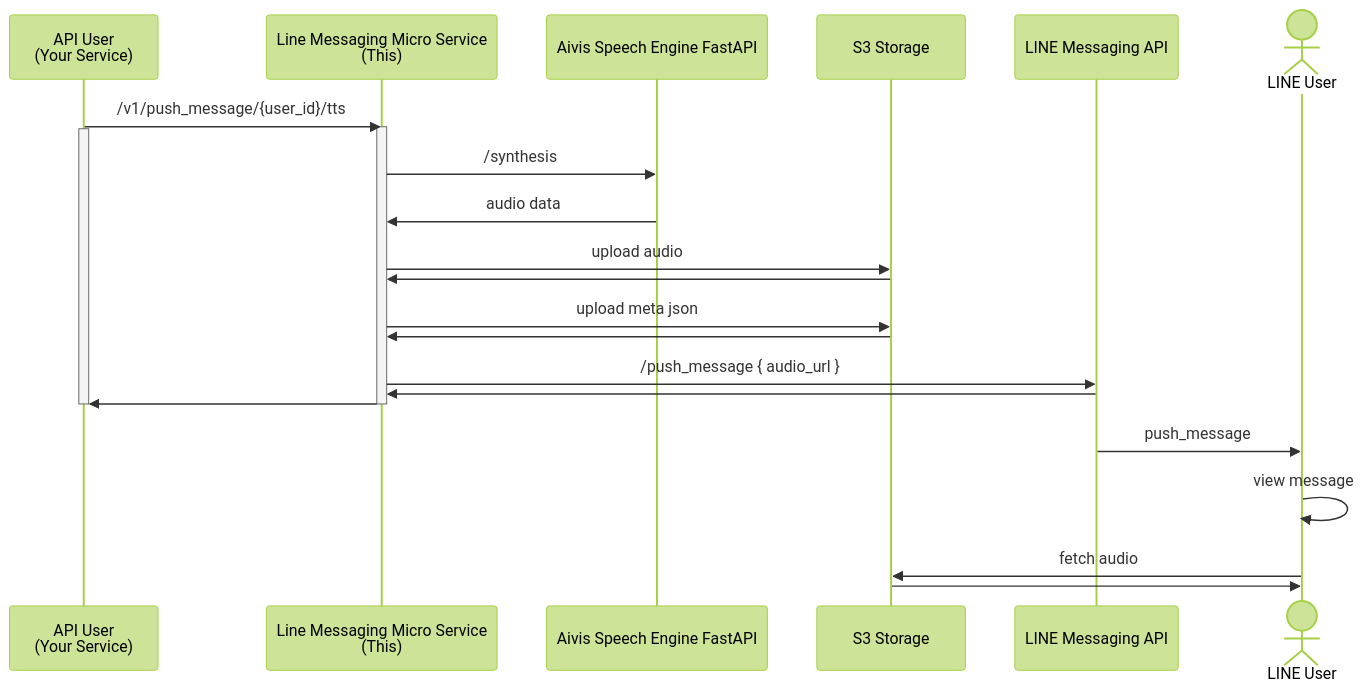
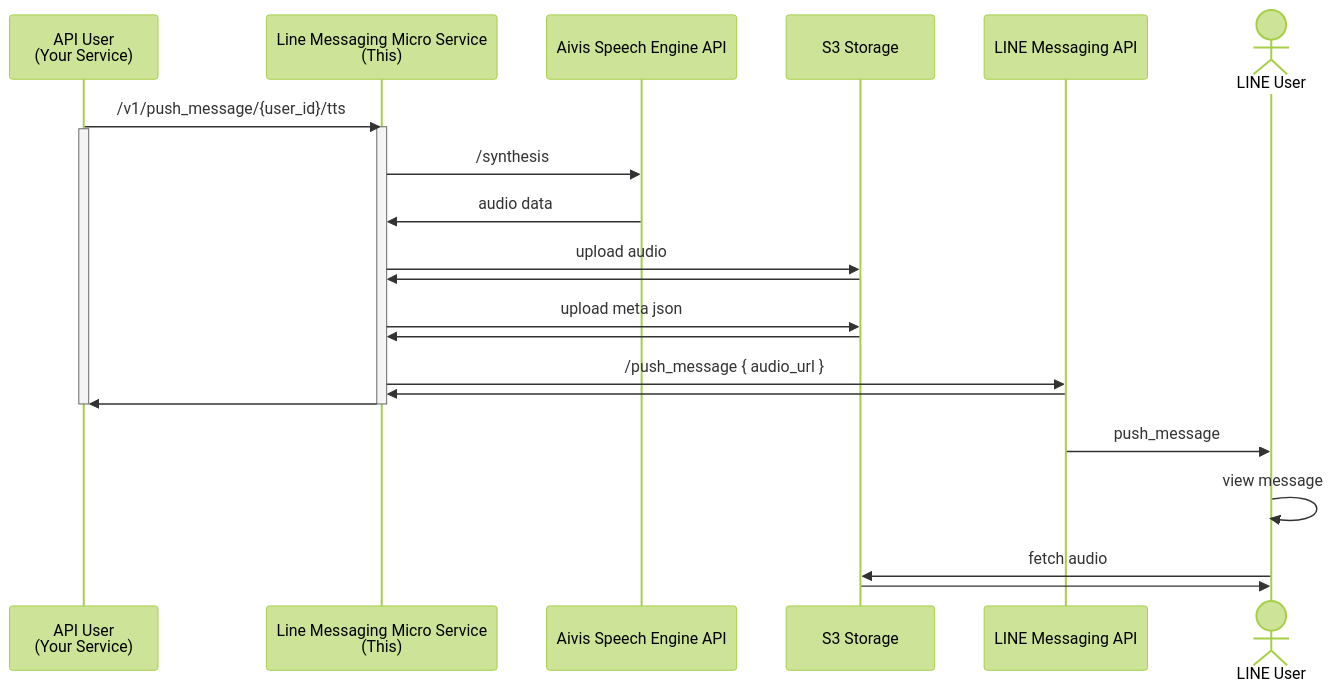
The diagram in README.md (jhjcpishva/line-messaging-micro-service), drawn with Mermaid (forest theme) before and after one commit. The commit also changed other lines of this file and 7 other files, not shown here.

````diff
--- a/README.md
+++ b/README.md
@@ -16,29 +16,29 @@
 ```mermaid
 
 sequenceDiagram
   participant ApiUser as API User<br/>(Your Service)
   participant LineMessagingMicroService as Line Messaging Micro Service<br/>(This)
-  participant AivisSpeechEngineFastAPI as Aivis Speech Engine FastAPI
+  participant AivisSpeechEngineAPI as Aivis Speech Engine API
   participant Storage as S3 Storage
   participant LineMessagingAPI as LINE Messaging API
 
   actor LineUser as LINE User
   ApiUser ->> LineMessagingMicroService: /v1/push_message/{user_id}/tts
   activate LineMessagingMicroService
   activate ApiUser
-  LineMessagingMicroService ->> AivisSpeechEngineFastAPI: /synthesis
-  AivisSpeechEngineFastAPI ->> LineMessagingMicroService: audio data
+  LineMessagingMicroService ->> AivisSpeechEngineAPI: /synthesis
+  AivisSpeechEngineAPI ->> LineMessagingMicroService: audio data
   LineMessagingMicroService ->> Storage: upload audio
   Storage ->> LineMessagingMicroService: 
   LineMessagingMicroService ->> Storage: upload meta json
   Storage ->> LineMessagingMicroService: 
   LineMessagingMicroService ->> LineMessagingAPI: /push_message { audio_url }
   LineMessagingAPI ->> LineMessagingMicroService: 
   LineMessagingMicroService ->> ApiUser: 
   deactivate LineMessagingMicroService
   deactivate ApiUser
   LineMessagingAPI ->> LineUser: push_message
   LineUser ->> LineUser: view message
   LineUser ->> Storage: fetch audio
   Storage ->> LineUser: 
 ```
````
